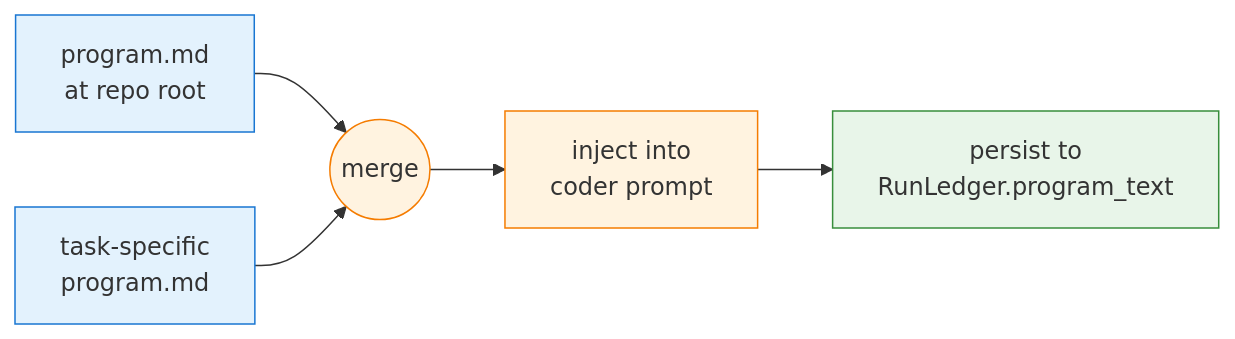
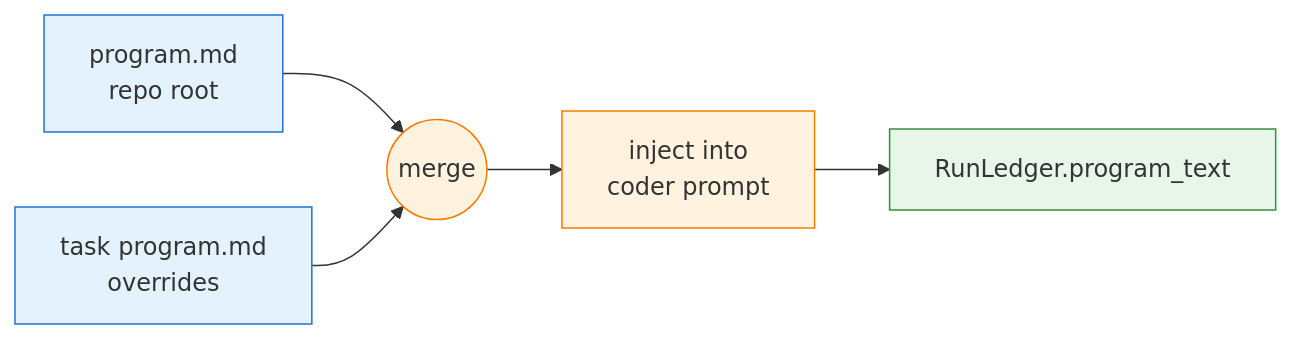
Before and after one commit to yhinai/true: the eighth of 8 diagrams in README.md, drawn with Mermaid. The commit also changed other lines of this file, not shown here.

Commit message:
docs: minimal README with fixed diagrams

````diff
--- a/README.md
+++ b/README.md
@@ -332,14 +302,14 @@
 ```mermaid
 flowchart LR
-    Global[program.md<br/>at repo root] --> Stack((merge))
-    PerTask[task-specific<br/>program.md] --> Stack
-    Stack --> Inject[inject into<br/>coder prompt]
-    Inject --> Ledger[persist to<br/>RunLedger.program_text]
+    A["program.md<br/>repo root"] --> M(( merge ))
+    B["task program.md<br/>overrides"] --> M
+    M --> I["inject into<br/>coder prompt"]
+    I --> L["RunLedger.program_text"]
 
-    classDef doc fill:#e3f2fd,stroke:#1976d2
-    classDef op fill:#fff3e0,stroke:#f57c00
+    classDef d fill:#e3f2fd,stroke:#1976d2
+    classDef o fill:#fff3e0,stroke:#f57c00
     classDef out fill:#e8f5e9,stroke:#388e3c
-    class Global,PerTask doc
-    class Stack,Inject op
-    class Ledger out
+    class A,B d
+    class M,I o
+    class L out
 ```
````
